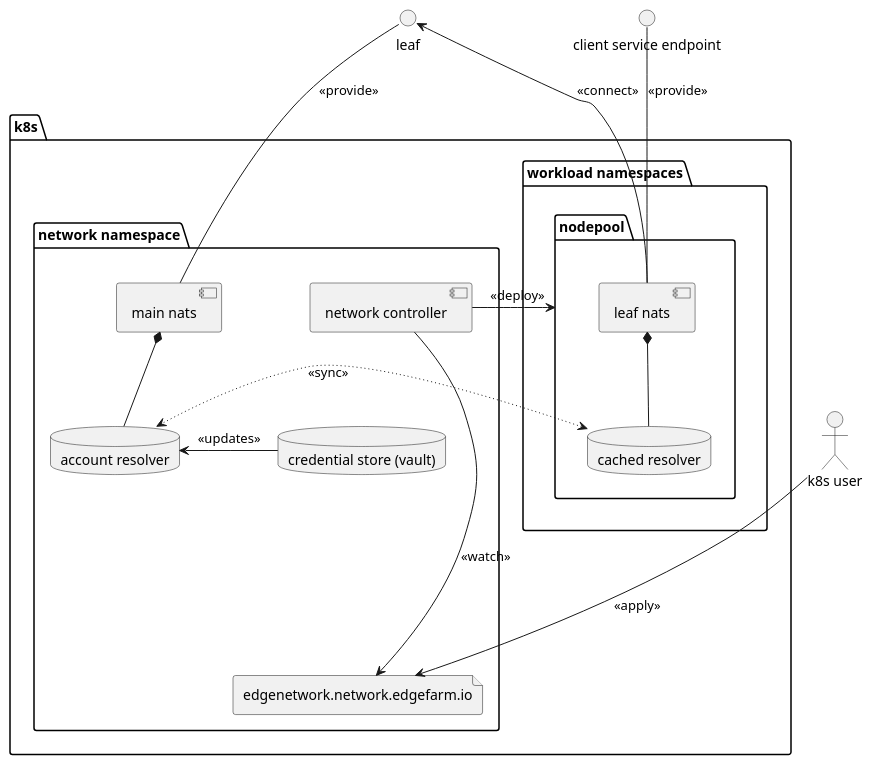
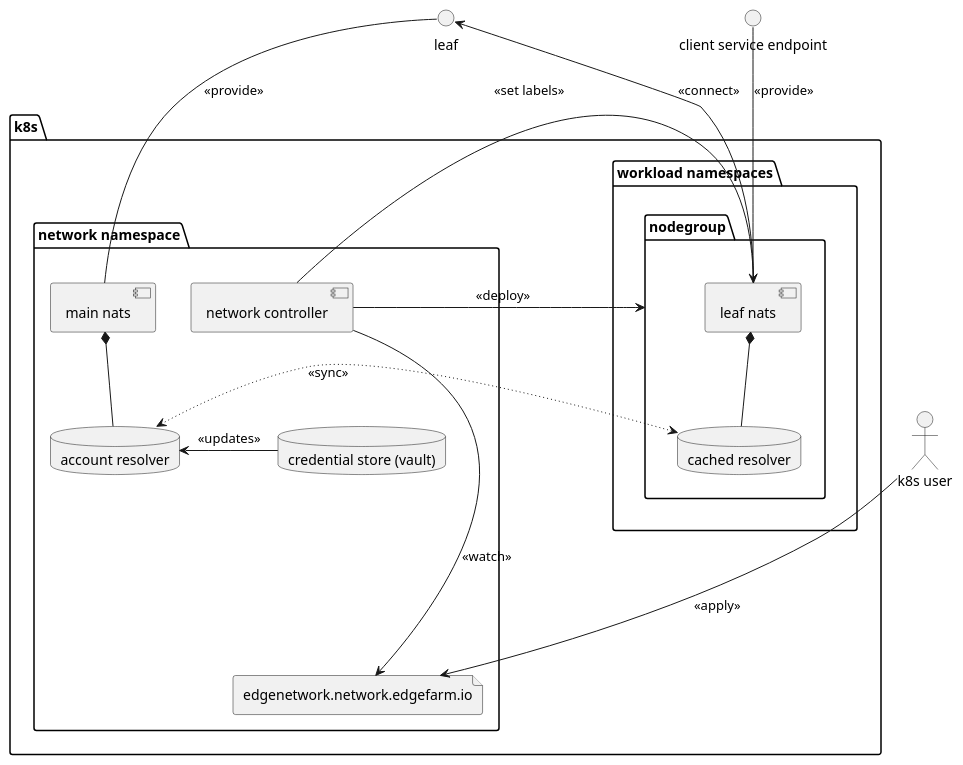
The ninth of 14 diagrams in docs/proposals/networking-rework-proposal.md (edgefarm/edgefarm.network), drawn with PlantUML before and after one commit. The commit also changed other lines of this file, not shown here.

````diff
--- a/docs/proposals/networking-rework-proposal.md
+++ b/docs/proposals/networking-rework-proposal.md
@@ -370,46 +370,47 @@
 ```plantuml
 
 actor "k8s user" as user
 package k8s {
 
     package "workload namespaces" as workload {
-        package "nodepool" as edgenetwork {
+        package "nodegroup" as edgenetwork {
             [leaf nats] as leafnats
             database "cached resolver" as leafresolver
 
             leafnats *-- leafresolver
         }
     }
 
     package "network namespace" as backend {
 
         database "credential store (vault)" as vault
         [main nats] as mainnats
         database "account resolver" as mainresolver
 
         mainnats *-- mainresolver
         vault -> mainresolver : <<updates>>
 
         [network controller] as controller
 
            file "edgenetwork.network.edgefarm.io" as manifest
     }
 
 }
 
 interface leafif as "leaf"
 interface clientif as "client service endpoint"
 
 controller ----> manifest : <<watch>>
 user ---> manifest : <<apply>>
 
 controller -left-> edgenetwork : <<deploy>>
+controller -----> leafnats : <<set labels>>
 
 mainnats -up- leafif : <<provide>>
 
 leafnats -up- clientif : <<provide>>
 leafnats -> leafif : <<connect>>
 leafresolver <~> mainresolver : <<sync>>
 
 @enduml
 ```
````
